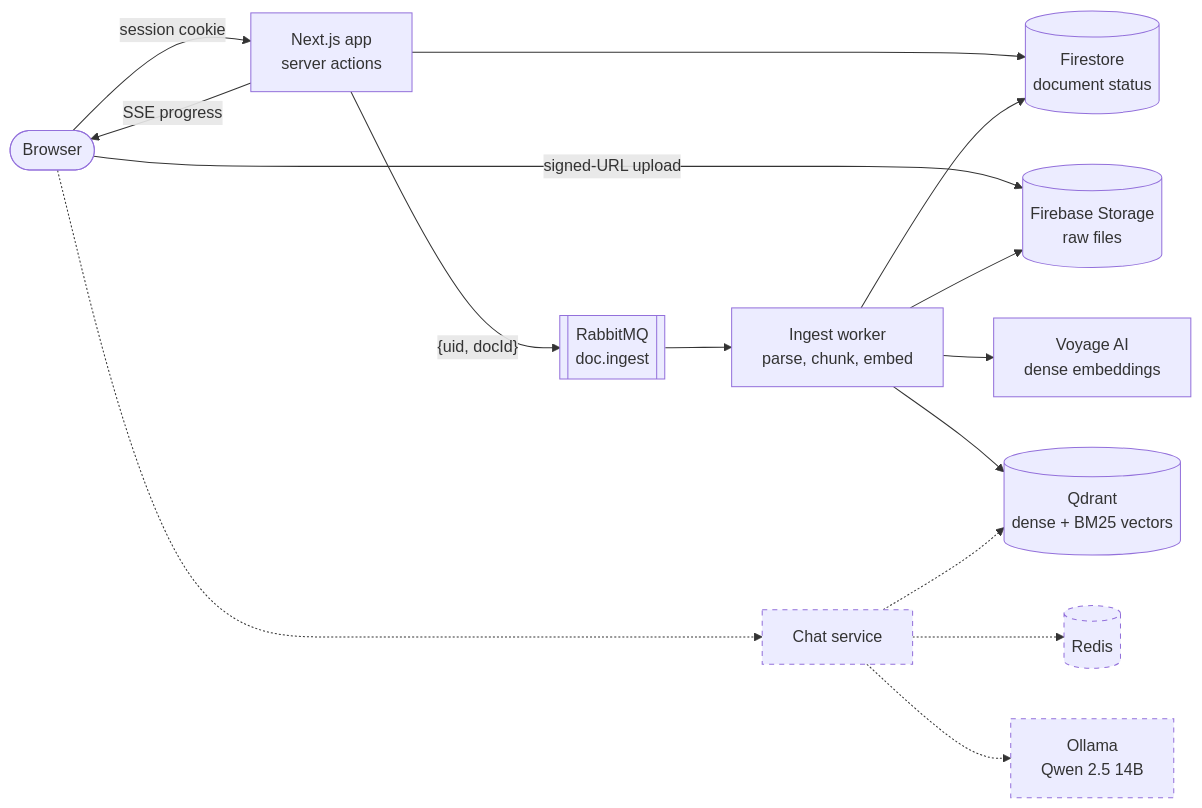
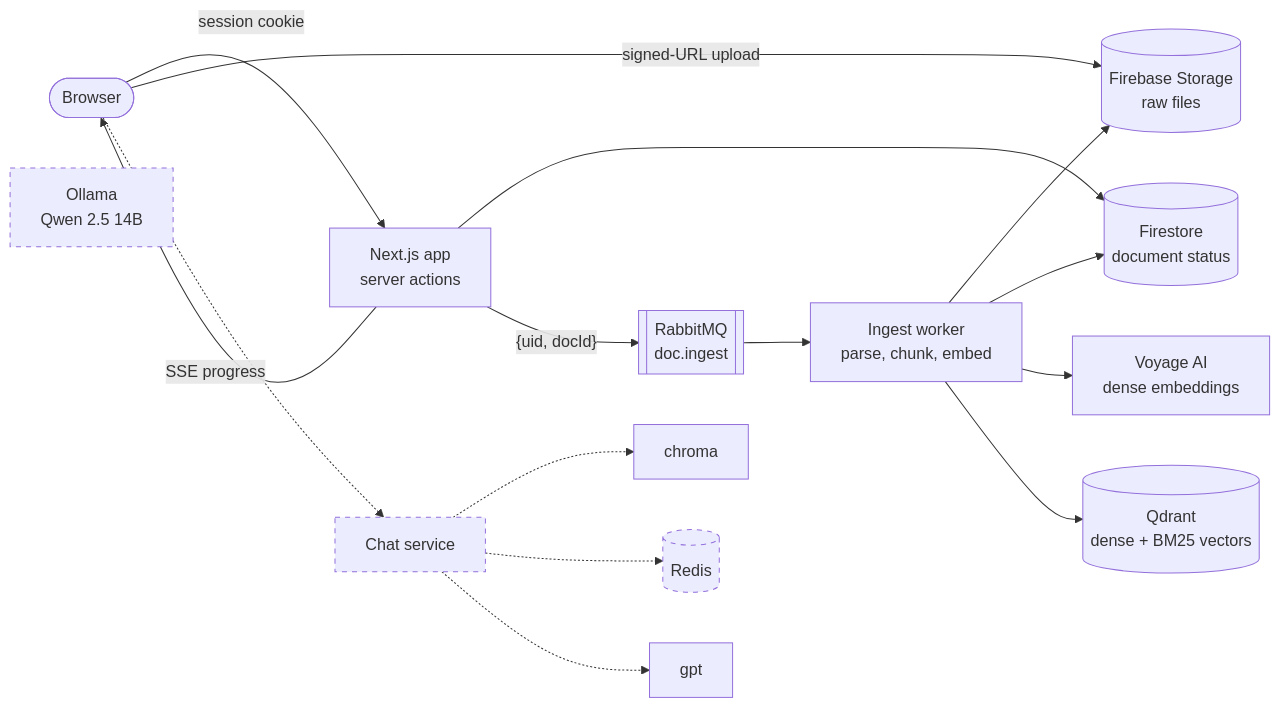
One commit to tmwang7324/DocuLyze changed the first of 2 diagrams in README.md. Above: the diagram before and after it, drawn with Mermaid. The commit also changed other lines of this file, not shown here.

First line of the commit message:
Revise README for chat service and model updates

````diff
--- a/README.md
+++ b/README.md
@@ -23,31 +23,31 @@
 ```mermaid
 flowchart LR
     browser([Browser])
     web["Next.js app<br/>server actions"]
     storage[(Firebase Storage<br/>raw files)]
     firestore[(Firestore<br/>document status)]
     queue[["RabbitMQ<br/>doc.ingest"]]
     worker["Ingest worker<br/>parse, chunk, embed"]
     voyage["Voyage AI<br/>dense embeddings"]
     qdrant[("Qdrant<br/>dense + BM25 vectors")]
     chat["Chat service"]:::planned
     redis[("Redis")]:::planned
     ollama["Ollama<br/>Qwen 2.5 14B"]:::planned
 
     browser -->|session cookie| web
     browser -->|signed-URL upload| storage
     web --> firestore
     web -->|"{uid, docId}"| queue
     queue --> worker
     worker --> storage
     worker --> firestore
     worker --> voyage
     worker --> qdrant
     web -->|SSE progress| browser
     browser -.-> chat
-    chat -.-> qdrant
+    chat -.-> chroma
     chat -.-> redis
-    chat -.-> ollama
+    chat -.-> gpt
 
     classDef planned stroke-dasharray: 5 5
 ```
````
